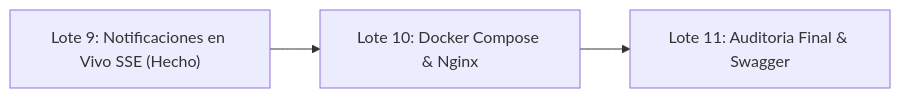
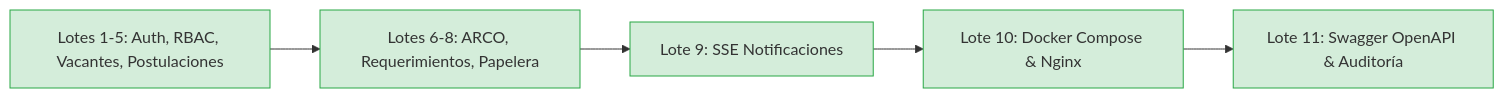
Before and after one commit to AngeloPradoM/IntegradorII-DesarrolloWeb-FullStack-GTEL: the diagram in docs/ESTADO_Y_PROXIMOS_PASOS.md, drawn with Mermaid. The commit also changed other lines of this file and 17 other files, not shown here.

Commit message:
feat(docs): implementar documentacion interactiva OpenAPI 3.0 con Swagger UI y auditoria de endpoints (Lote 11)

````diff
--- a/docs/ESTADO_Y_PROXIMOS_PASOS.md
+++ b/docs/ESTADO_Y_PROXIMOS_PASOS.md
@@ -146,5 +13,12 @@
 ```mermaid
 flowchart LR
-    Lote9["Lote 9: Notificaciones en Vivo SSE (Hecho)"] --> Lote10["Lote 10: Docker Compose & Nginx"]
-    Lote10 --> Lote11["Lote 11: Auditoria Final & Swagger"]
+    L1_5["Lotes 1-5: Auth, RBAC, Vacantes, Postulaciones"] --> L6_8["Lotes 6-8: ARCO, Requerimientos, Papelera"]
+    L6_8 --> L9["Lote 9: SSE Notificaciones"]
+    L9 --> L10["Lote 10: Docker Compose & Nginx"]
+    L10 --> L11["Lote 11: Swagger OpenAPI & Auditoría"]
+    style L1_5 fill:#d4edda,stroke:#28a745
+    style L6_8 fill:#d4edda,stroke:#28a745
+    style L9 fill:#d4edda,stroke:#28a745
+    style L10 fill:#d4edda,stroke:#28a745
+    style L11 fill:#d4edda,stroke:#28a745
 ```
````
